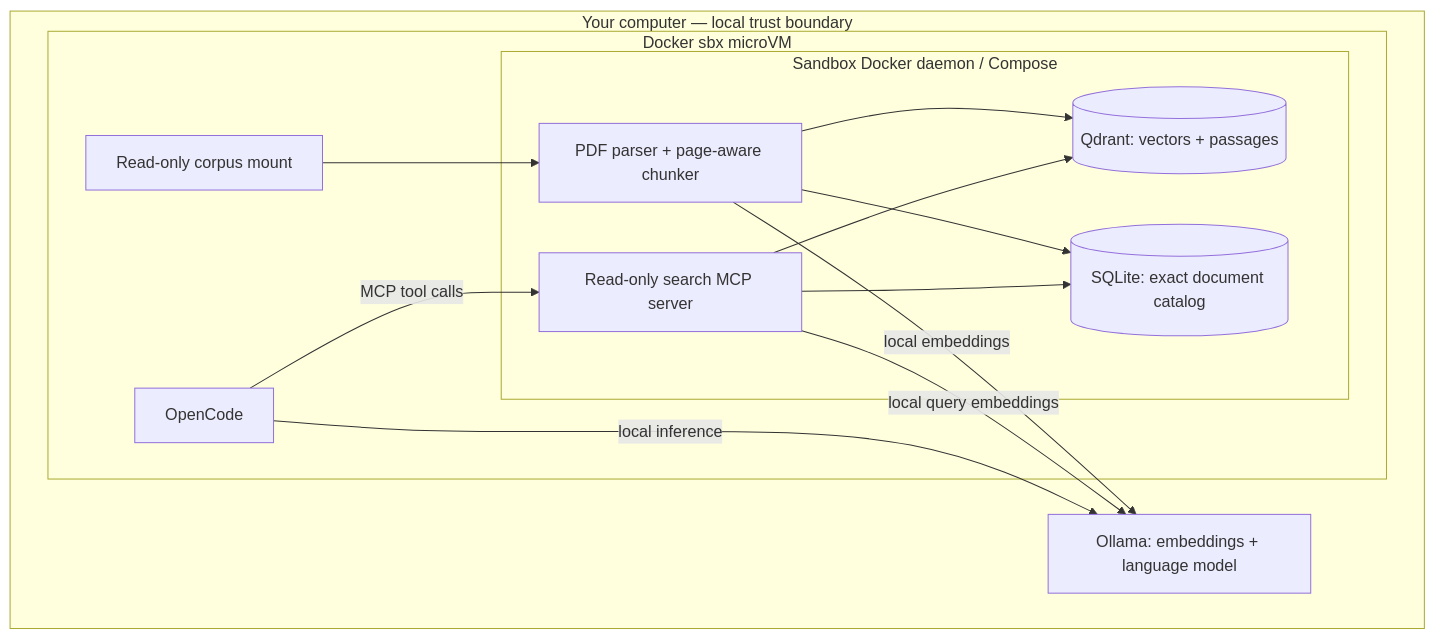
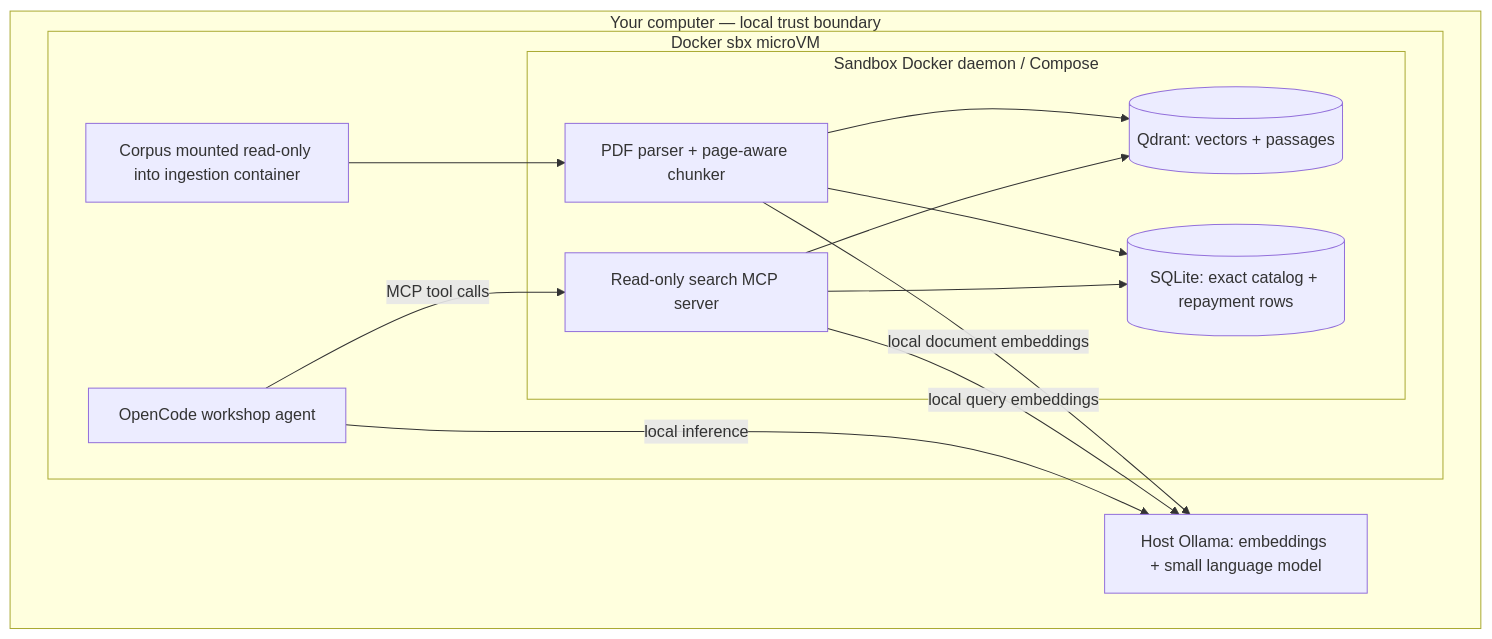
One commit to hrittikhere/Nerdearla-BA-privacy-first-search-lab changed the diagram in README.md. Above: the diagram before and after it, drawn with Mermaid. The commit also changed other lines of this file, not shown here.

Commit message:
docs: expand the workshop README into a complete attendee guide

````diff
--- a/README.md
+++ b/README.md
@@ -47,24 +63,24 @@
 ```mermaid
 flowchart TB
-  subgraph HOST[Your computer — local trust boundary]
-    O[Ollama: embeddings + language model]
-    subgraph SBX[Docker sbx microVM]
-      A[OpenCode]
-      subgraph COMPOSE[Sandbox Docker daemon / Compose]
-        I[PDF parser + page-aware chunker]
-        M[Read-only search MCP server]
-        Q[(Qdrant: vectors + passages)]
-        C[(SQLite: exact document catalog)]
+  subgraph HOST["Your computer — local trust boundary"]
+    O["Host Ollama: embeddings + small language model"]
+    subgraph SBX["Docker sbx microVM"]
+      A["OpenCode workshop agent"]
+      subgraph COMPOSE["Sandbox Docker daemon / Compose"]
+        I["PDF parser + page-aware chunker"]
+        M["Read-only search MCP server"]
+        Q[("Qdrant: vectors + passages")]
+        C[("SQLite: exact catalog + repayment rows")]
         I --> Q
         I --> C
         M --> Q
         M --> C
       end
       A -->|MCP tool calls| M
-      D[Read-only corpus mount] --> I
+      D["Corpus mounted read-only into ingestion container"] --> I
     end
-    I -->|local embeddings| O
+    I -->|local document embeddings| O
     M -->|local query embeddings| O
     A -->|local inference| O
   end
 ```
````
